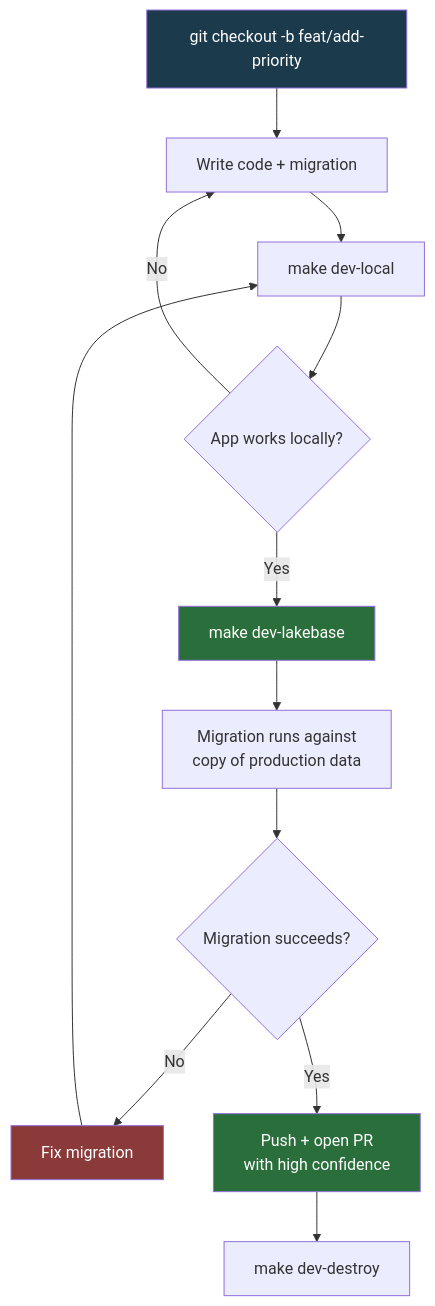
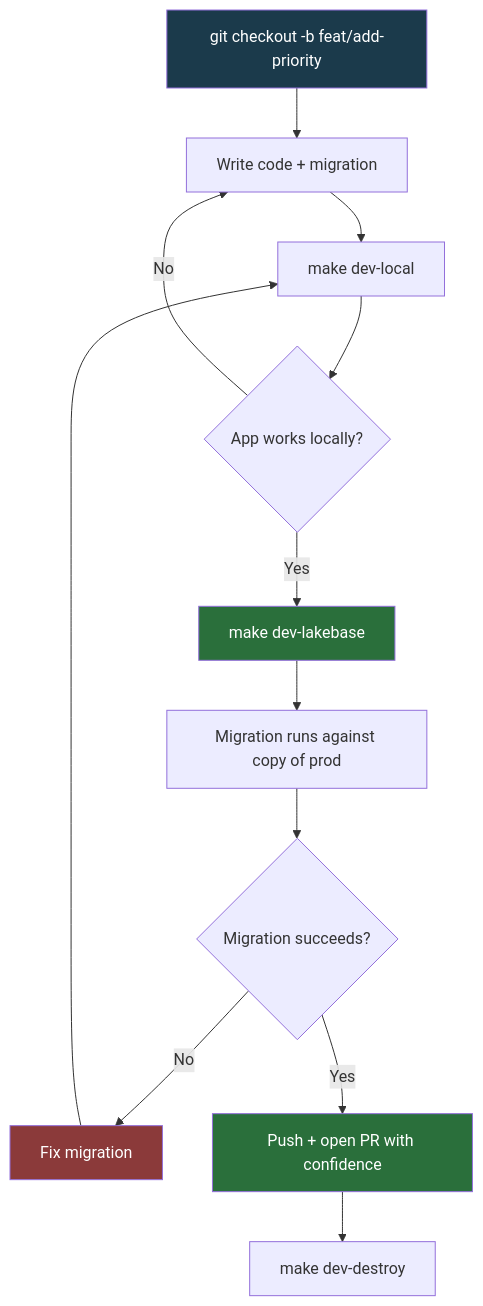
One commit to db-afeng/lakebase_docker_compose changed the second of 2 diagrams in blog.md. Above: the diagram before and after it, drawn with Mermaid. The commit also changed other lines of this file, not shown here.

Commit message:
fix(blog): resolve mermaid diagram formatting issues with newlines and label clipping

````diff
--- a/blog.md
+++ b/blog.md
@@ -279,19 +279,19 @@
 ```mermaid
 flowchart TD
     A["git checkout -b feat/add-priority"] --> B["Write code + migration"]
     B --> C["make dev-local"]
     C --> D{App works locally?}
     D -- No --> B
     D -- Yes --> E["make dev-lakebase"]
-    E --> F["Migration runs against\ncopy of production data"]
+    E --> F["Migration runs against copy of prod"]
     F --> G{Migration succeeds?}
     G -- No --> H["Fix migration"]
     H --> C
-    G -- Yes --> I["Push + open PR\nwith high confidence"]
+    G -- Yes --> I["Push + open PR with confidence"]
     I --> J["make dev-destroy"]
 
     style A fill:#1b3a4b,color:#fff
     style E fill:#2a6f3b,color:#fff
     style I fill:#2a6f3b,color:#fff
     style H fill:#8b3a3a,color:#fff
 ```
````
